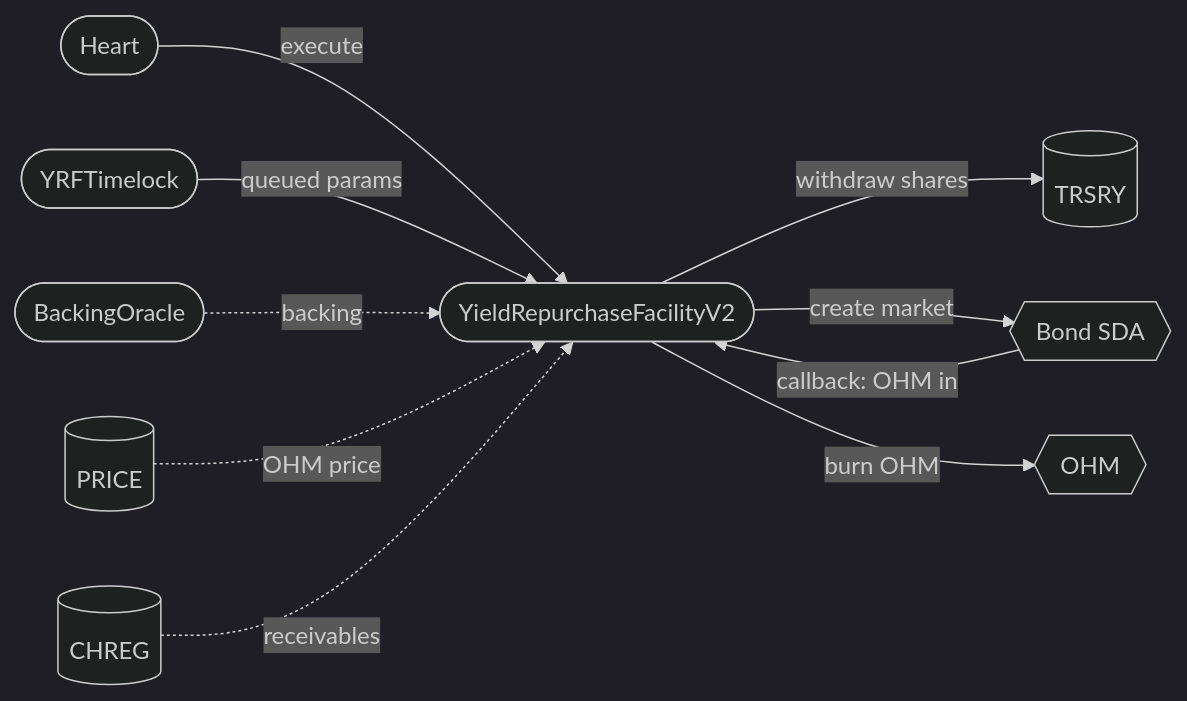
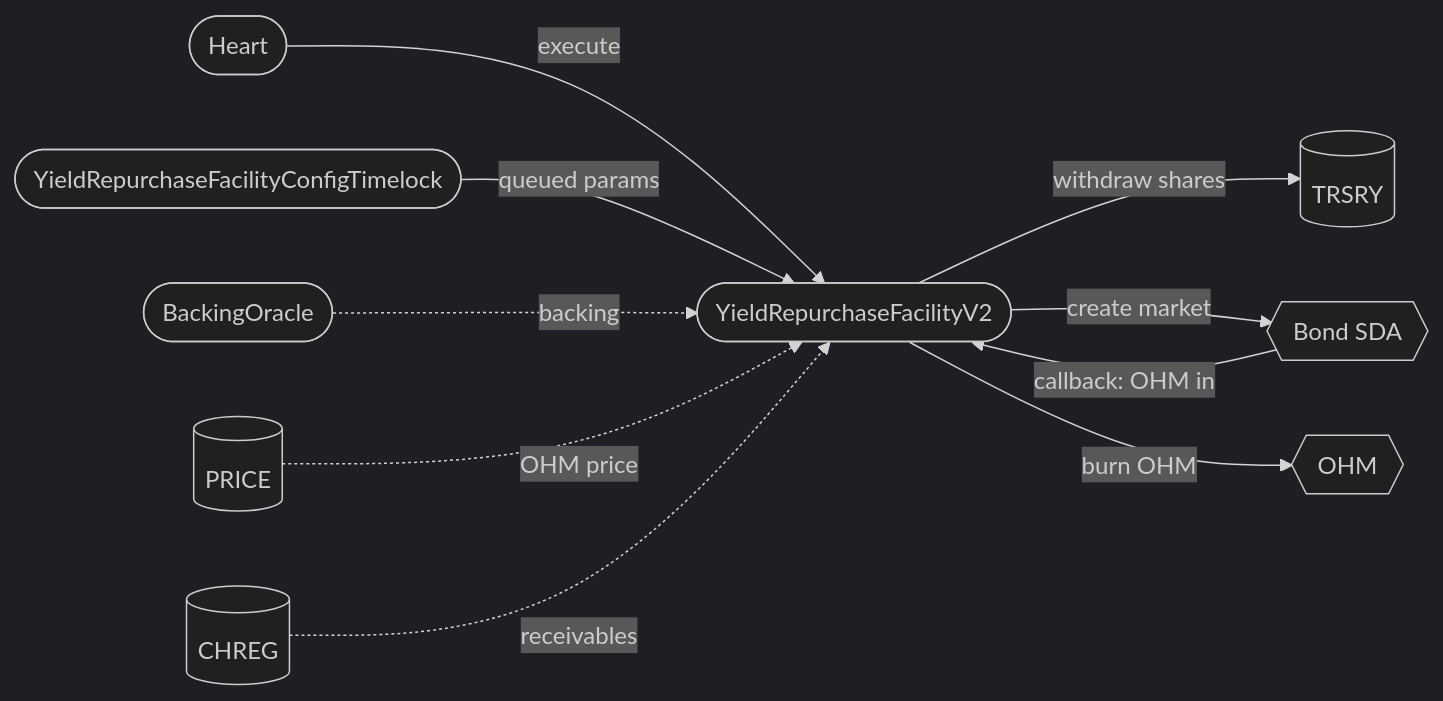
The diagram in audit/2026-08_yrf-v2/README.md (OlympusDAO/olympus-v3), drawn with Mermaid (dark theme) before and after one commit. The commit also changed other lines of this file and 2 other files, not shown here.

````diff
--- a/audit/2026-08_yrf-v2/README.md
+++ b/audit/2026-08_yrf-v2/README.md
@@ -59,12 +59,12 @@
 ```mermaid
 flowchart LR
   Heart([Heart]) -->|execute| YRF([YieldRepurchaseFacilityV2])
-  TL([YRFTimelock]) -->|queued params| YRF
+  TL([YieldRepurchaseFacilityConfigTimelock]) -->|queued params| YRF
   BO([BackingOracle]) -.->|backing| YRF
   PRICE[(PRICE)] -.->|OHM price| YRF
   CHREG[(CHREG)] -.->|receivables| YRF
   YRF -->|withdraw shares| TRSRY[(TRSRY)]
   YRF -->|create market| SDA{{Bond SDA}}
   SDA -->|callback: OHM in| YRF
   YRF -->|burn OHM| OHM{{OHM}}
 ```
````
